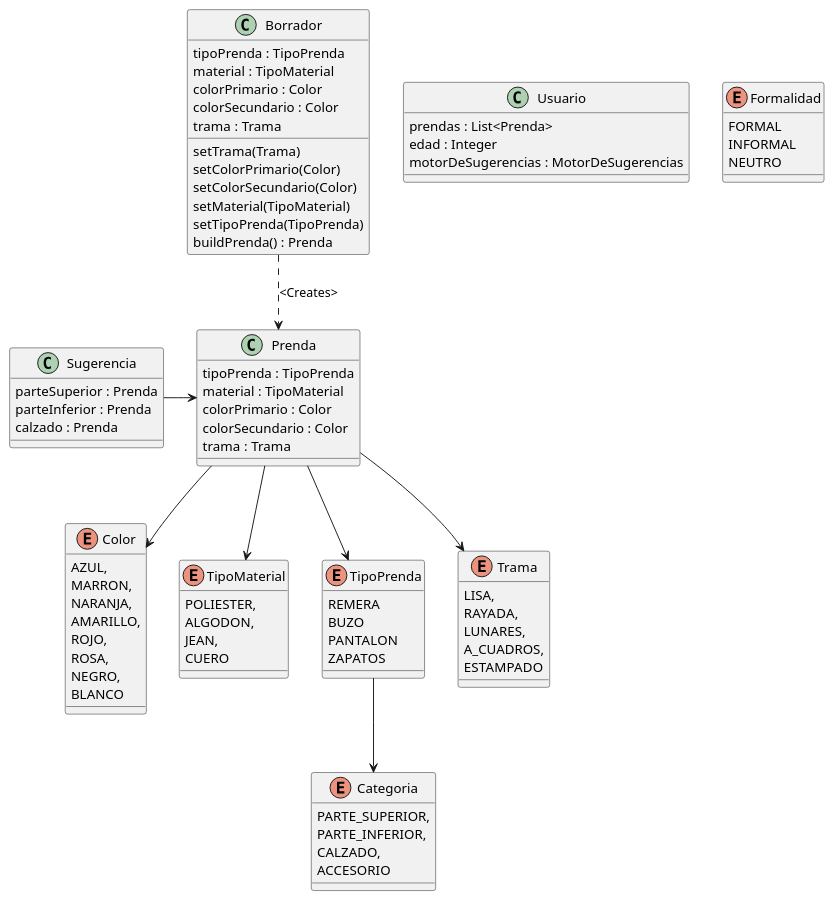
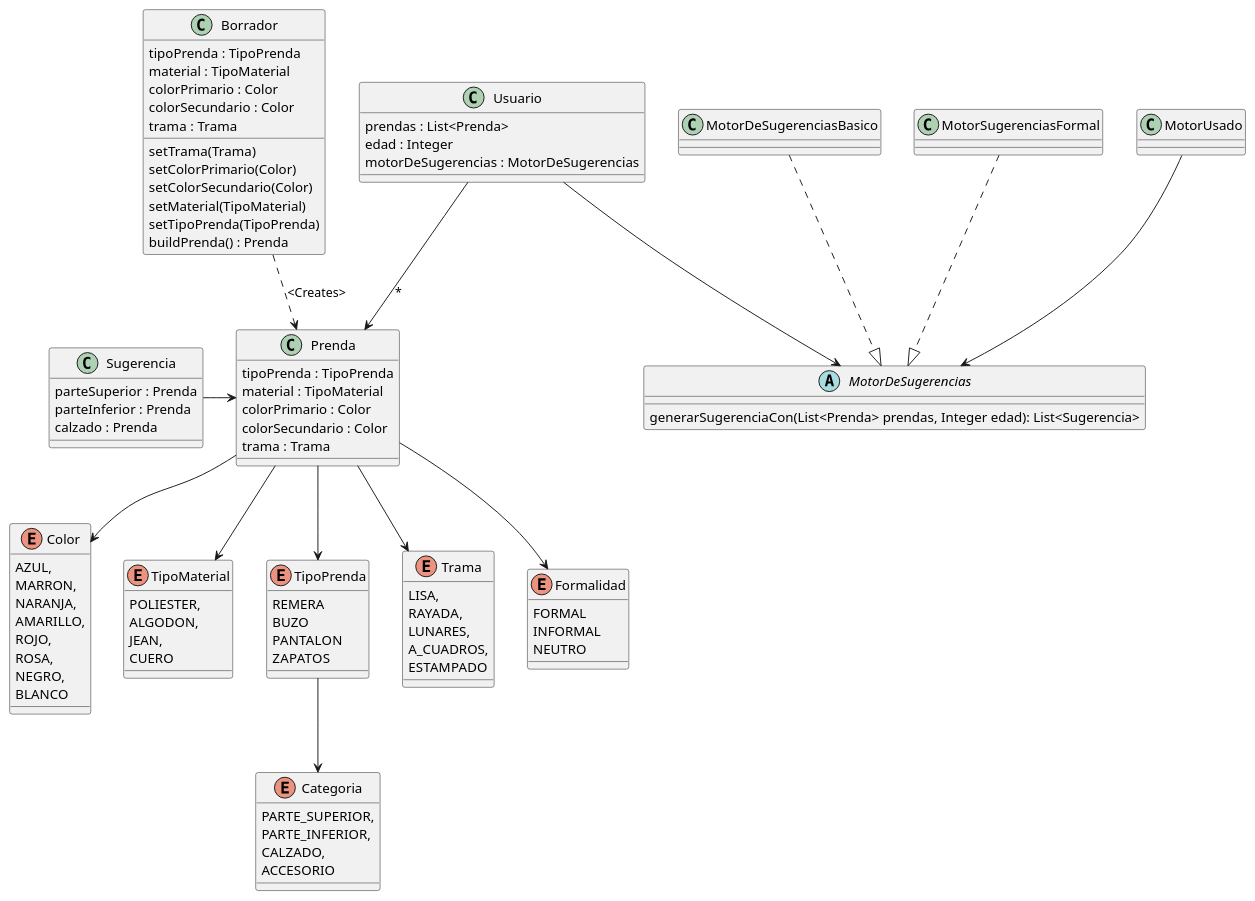
The diagram in src/main/java/ar/edu/utn/frba/dds/diagramaDeClase/QueMePongo.puml (marrkbau/QueMePongo), drawn with PlantUML before and after one commit. The commit also changed 12 other files, not shown here.

```diff
--- a/src/main/java/ar/edu/utn/frba/dds/diagramaDeClase/QueMePongo.puml
+++ b/src/main/java/ar/edu/utn/frba/dds/diagramaDeClase/QueMePongo.puml
@@ -1,96 +1,116 @@
 @startuml
 'https://plantuml.com/class-diagram
 
 
 enum Color {
 AZUL,
 MARRON,
 NARANJA,
 AMARILLO,
 ROJO,
 ROSA,
 NEGRO,
 BLANCO
 }
 
 enum TipoMaterial {
 POLIESTER,
 ALGODON,
 JEAN,
 CUERO
 }
 enum Categoria {
 PARTE_SUPERIOR,
 PARTE_INFERIOR,
 CALZADO,
 ACCESORIO
 }
 
 enum TipoPrenda {
 REMERA
 BUZO
 PANTALON
 ZAPATOS
 }
 
 enum Trama {
 LISA,
 RAYADA,
 LUNARES,
 A_CUADROS,
 ESTAMPADO
 }
 
 class Prenda {
 tipoPrenda : TipoPrenda
 material : TipoMaterial
 colorPrimario : Color
 colorSecundario : Color
 trama : Trama
 
 }
 
 class Borrador {
 tipoPrenda : TipoPrenda
 material : TipoMaterial
 colorPrimario : Color
 colorSecundario : Color
 trama : Trama
 
 setTrama(Trama)
 setColorPrimario(Color)
 setColorSecundario(Color)
 setMaterial(TipoMaterial)
 setTipoPrenda(TipoPrenda)
 buildPrenda() : Prenda
 }
 
 class Sugerencia {
 parteSuperior : Prenda
 parteInferior : Prenda
 calzado : Prenda
 }
 
 class Usuario {
 prendas : List<Prenda>
 edad : Integer
 motorDeSugerencias : MotorDeSugerencias
 }
 
 enum Formalidad {
 FORMAL
 INFORMAL
 NEUTRO
 }
 
+abstract MotorDeSugerencias {
+   generarSugerenciaCon(List<Prenda> prendas, Integer edad): List<Sugerencia>
+}
+
+class MotorDeSugerenciasBasico {
+}
+
+class MotorSugerenciasFormal {
+}
+
+class MotorUsado {
+
+}
+
 Prenda --> Color
 Prenda --> TipoMaterial
 Prenda --> TipoPrenda
 Prenda --> Trama
+Prenda --> Formalidad
+Usuario --> Prenda : *
+Usuario --> MotorDeSugerencias
 TipoPrenda --> Categoria
 Sugerencia -> Prenda
 Borrador ..> Prenda : <Creates>
+MotorDeSugerenciasBasico ..|> MotorDeSugerencias
+MotorSugerenciasFormal ..|> MotorDeSugerencias
+MotorUsado --> MotorDeSugerencias
 
 
 
 @enduml
```
